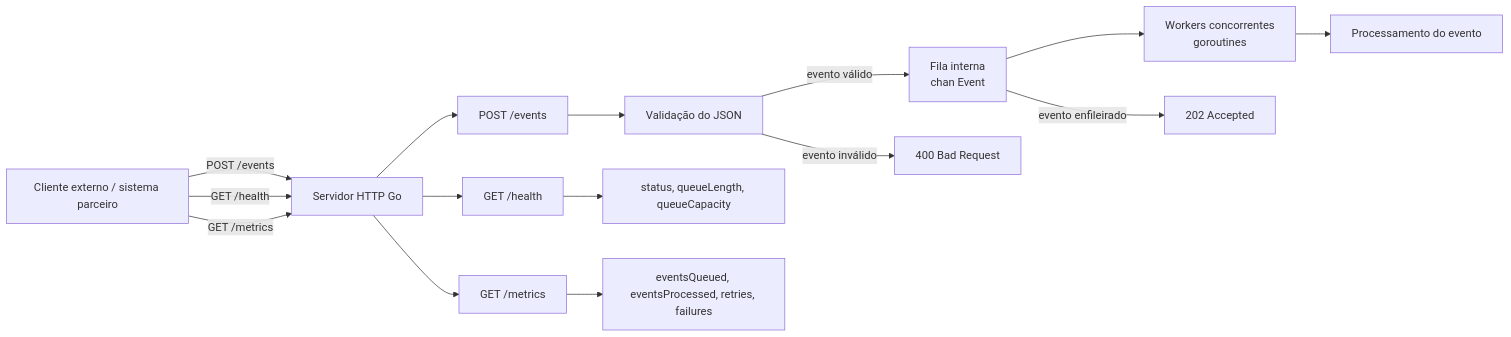
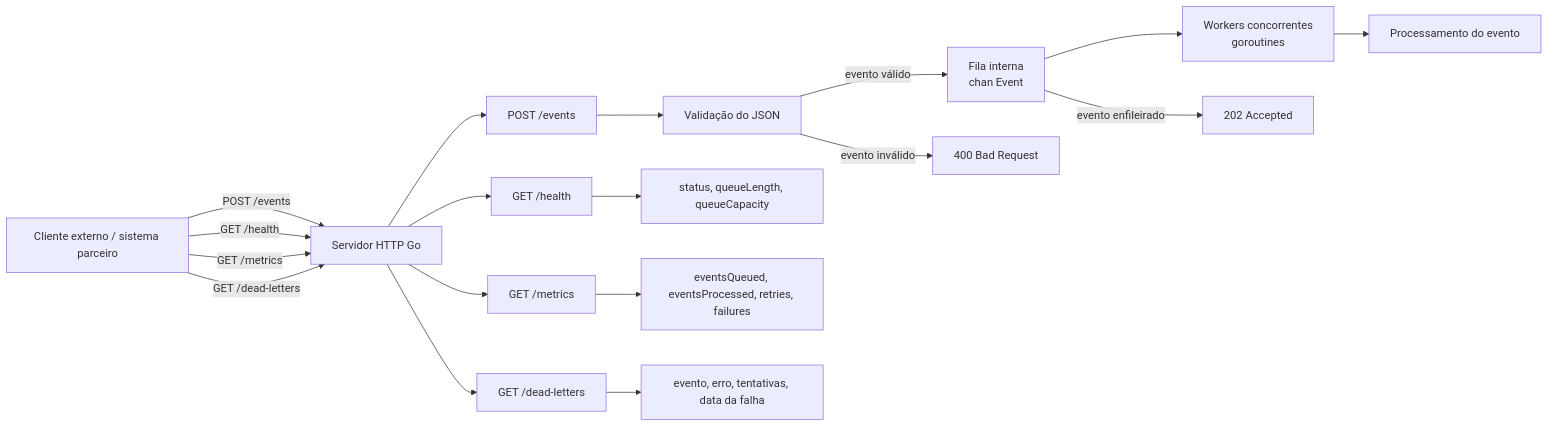
The first of 3 diagrams in docs/architecture.md (rafamguedes/go-webhook-processor), drawn with Mermaid before and after one commit. The commit also changed other lines of this file and 12 other files, not shown here.

Commit message:
feat: implement dead letter store and handler for failed events

````diff
--- a/docs/architecture.md
+++ b/docs/architecture.md
@@ -7,29 +7,34 @@
 ```mermaid
 flowchart LR
     client[Cliente externo / sistema parceiro]
     api[Servidor HTTP Go]
     handler[POST /events]
     validation[Validação do JSON]
     queue[Fila interna<br/>chan Event]
     workers[Workers concorrentes<br/>goroutines]
     processor[Processamento do evento]
     health[GET /health]
     metrics[GET /metrics]
+    deadletters[GET /dead-letters]
 
     client -->|POST /events| api
     api --> handler
     handler --> validation
     validation -->|evento inválido| badRequest[400 Bad Request]
     validation -->|evento válido| queue
     queue -->|evento enfileirado| accepted[202 Accepted]
     queue --> workers
     workers --> processor
 
     client -->|GET /health| api
     api --> health
     health --> healthResponse[status, queueLength, queueCapacity]
 
     client -->|GET /metrics| api
     api --> metrics
     metrics --> metricsResponse[eventsQueued, eventsProcessed, retries, failures]
+
+    client -->|GET /dead-letters| api
+    api --> deadletters
+    deadletters --> deadLetterResponse[evento, erro, tentativas, data da falha]
 ```
````
